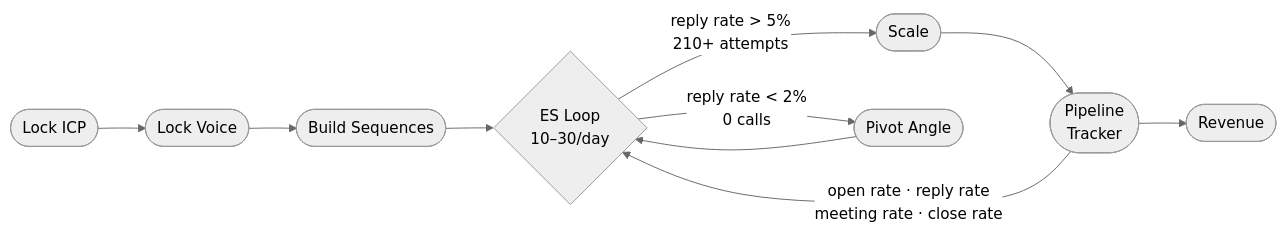
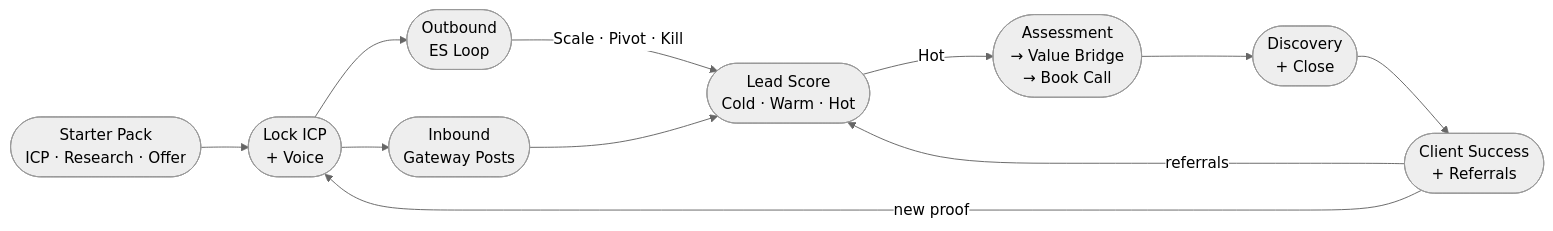
One commit to Sebastians007/b2bpraxis changed the diagram in README.md. Above: the diagram before and after it, drawn with Mermaid (neutral theme).

Commit message:
docs: update diagram to show full funnel — starter pack through referrals

````diff
--- a/README.md
+++ b/README.md
@@ -5,12 +5,13 @@
 ```mermaid
 flowchart LR
-    A([Lock ICP]) --> B([Lock Voice])
-    B --> C([Build Sequences])
-    C --> D{ES Loop\n10–30/day}
-    D -->|reply rate &gt; 5%\n210+ attempts| E([Scale])
-    D -->|reply rate &lt; 2%\n0 calls| F([Pivot Angle])
-    F --> D
-    E --> G([Pipeline\nTracker])
-    G -->|open rate · reply rate\nmeeting rate · close rate| D
-    G --> H([Revenue])
+    SP([Starter Pack\nICP · Research · Offer]) --> ICP([Lock ICP\n+ Voice])
+    ICP --> OB([Outbound\nES Loop])
+    ICP --> IB([Inbound\nGateway Posts])
+    OB -->|Scale · Pivot · Kill| LS([Lead Score\nCold · Warm · Hot])
+    IB --> LS
+    LS -->|Hot| PC([Assessment\n→ Value Bridge\n→ Book Call])
+    PC --> DC([Discovery\n+ Close])
+    DC --> CS([Client Success\n+ Referrals])
+    CS -->|referrals| LS
+    CS -->|new proof| ICP
 ```
````
